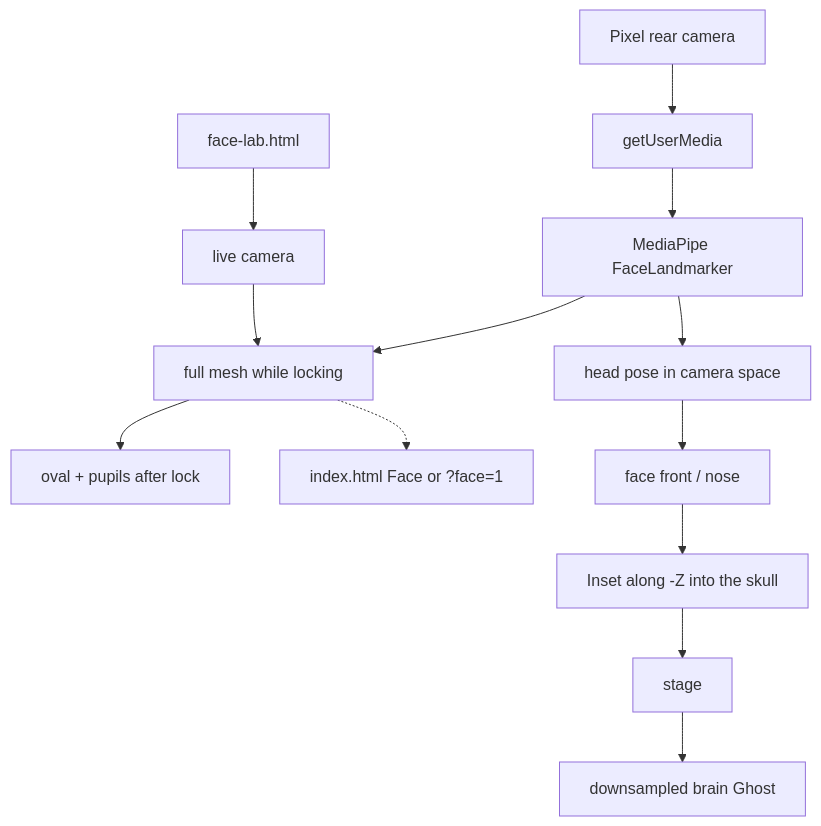
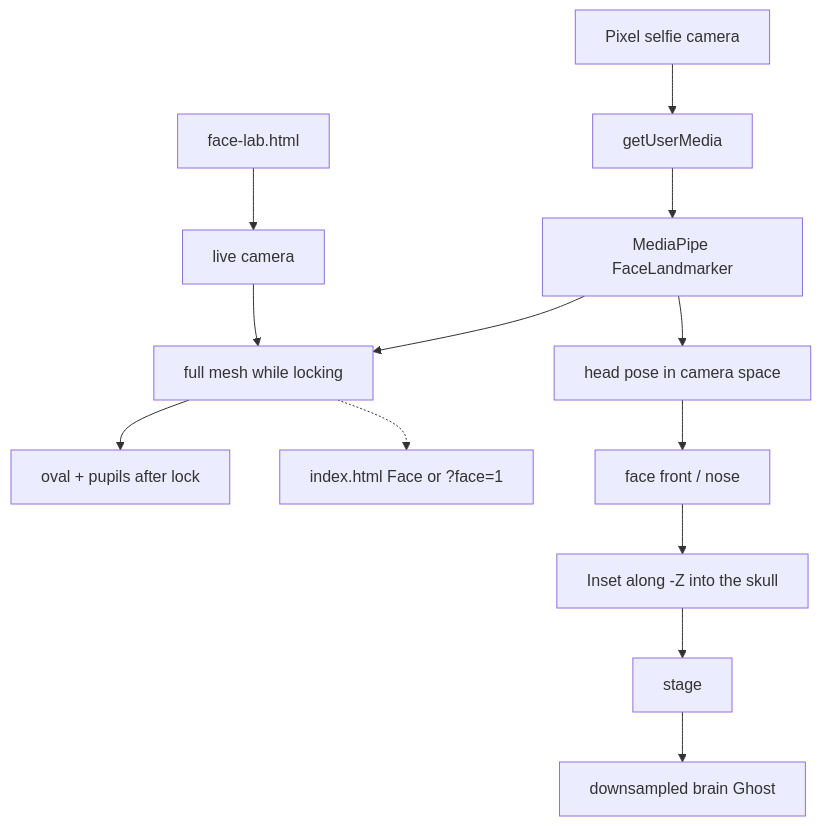
Diagram 38 of 38 in architecture.md (PiMaV/DONNER), drawn with Mermaid before and after one commit. The commit also changed other lines of this file and 41 other files, not shown here.

````diff
--- a/architecture.md
+++ b/architecture.md
@@ -1405,21 +1450,21 @@
 ```mermaid
 flowchart TB
   lab[face-lab.html]
   video[live camera]
   mesh[full mesh while locking]
   guides[oval + pupils after lock]
   donner["index.html Face or ?face=1"]
-  phone[Pixel rear camera]
+  phone[Pixel selfie camera]
   cam[getUserMedia]
   mp[MediaPipe FaceLandmarker]
   pose[head pose in camera space]
   front[face front / nose]
   inset[Inset along -Z into the skull]
   stage[stage]
   brain[downsampled brain Ghost]
   lab --> video --> mesh
   mesh -.-> donner
   phone --> cam --> mp
   mp --> pose --> front --> inset --> stage --> brain
   mp --> mesh --> guides
 ```
````
